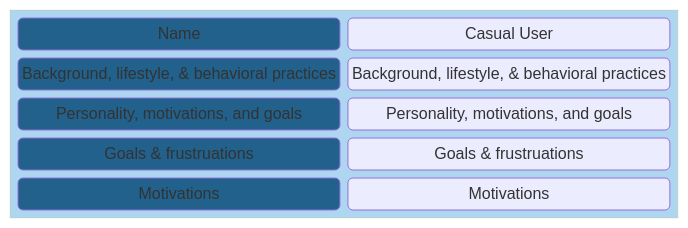
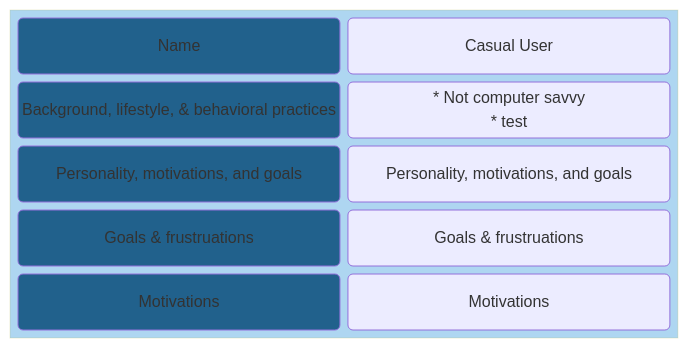
One commit to chingu-voyages/Handbook changed the second of 2 diagrams in docs/resources/techresources/uiux.md. Above: the diagram before and after it, drawn with Mermaid.

Commit message:
Feature: Add persona template

````diff
--- a/docs/resources/techresources/uiux.md
+++ b/docs/resources/techresources/uiux.md
@@ -92,23 +92,23 @@
 ```mermaid
 block-beta
   columns 1
   block:TEMPLATE
     columns 2
     NAME("Name")
     VNAME("Casual User")
     DEMOGRAPHICS("Background, lifestyle, & behavioral practices")
-    VDEMOGRAPHICS("Background, lifestyle, & behavioral practices")
+    VDEMOGRAPHICS("* Not computer savvy</br>* test")
     ARCHETYPES("Personality, motivations, and goals")
     VARCHETYPES("Personality, motivations, and goals")
     GOALS("Goals & frustruations")
     VGOALS("Goals & frustruations")
     MOTIVATIONS("Motivations")
     VMOTIVATIONS("Motivations")
   end
   style TEMPLATE fill:#aed6f1
   style NAME fill:#21618c
   style DEMOGRAPHICS fill:#21618c
   style ARCHETYPES fill:#21618c
   style GOALS fill:#21618c
   style MOTIVATIONS fill:#21618c
 ```
````
